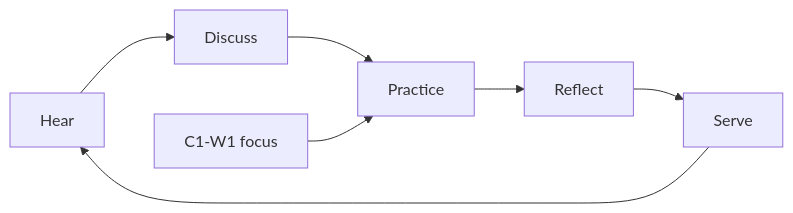
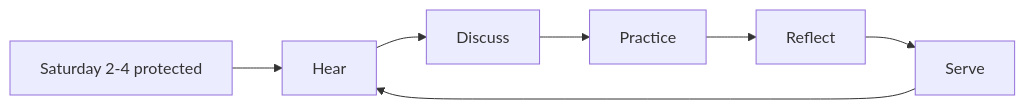
One commit to swap2you/kutumba-family-program changed the diagram in 11-weekly-program-library/first-six-months/c1-w1-what-is-kutumba-and-why-are-we-here/visuals/V11/concept-diagram.mmd. Above: the diagram before and after it, drawn with Mermaid. The commit also changed 49 other files, not shown here.

```diff
--- a/11-weekly-program-library/first-six-months/c1-w1-what-is-kutumba-and-why-are-we-here/visuals/V11/concept-diagram.mmd
+++ b/11-weekly-program-library/first-six-months/c1-w1-what-is-kutumba-and-why-are-we-here/visuals/V11/concept-diagram.mmd
@@ -1,7 +1,7 @@
 flowchart LR
-    A["Hear"] --> B["Discuss"]
-    B --> C["Practice"]
-    C --> D["Reflect"]
-    D --> E["Serve"]
-    E --> A
-    F["C1-W1 focus"] --> C
+  H[Hear] --> D[Discuss]
+  D --> P[Practice]
+  P --> R[Reflect]
+  R --> S[Serve]
+  S --> H
+  X[Saturday 2-4 protected] --> H
```
